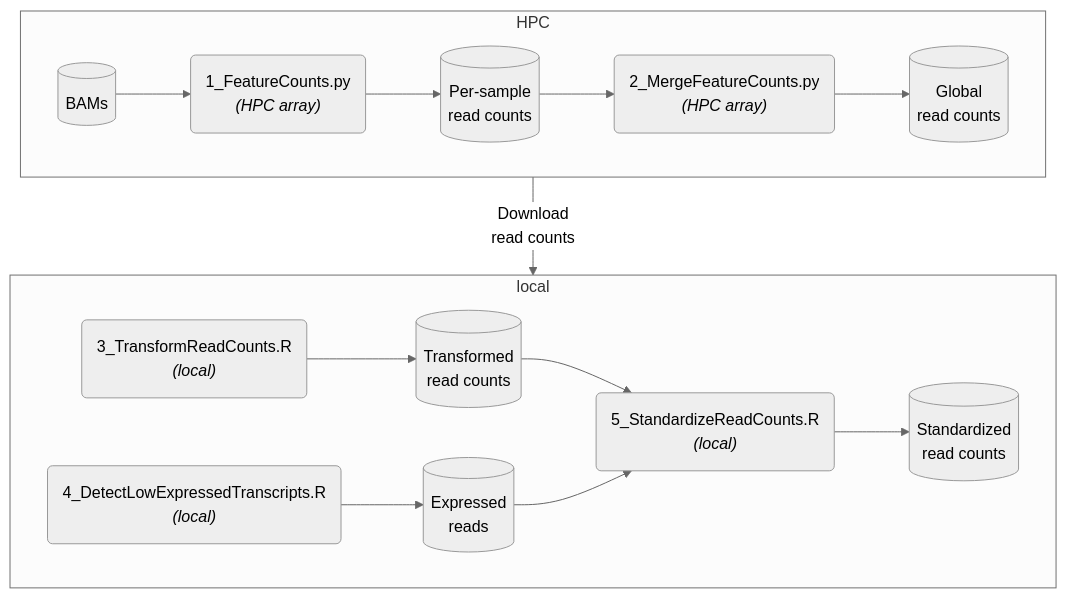
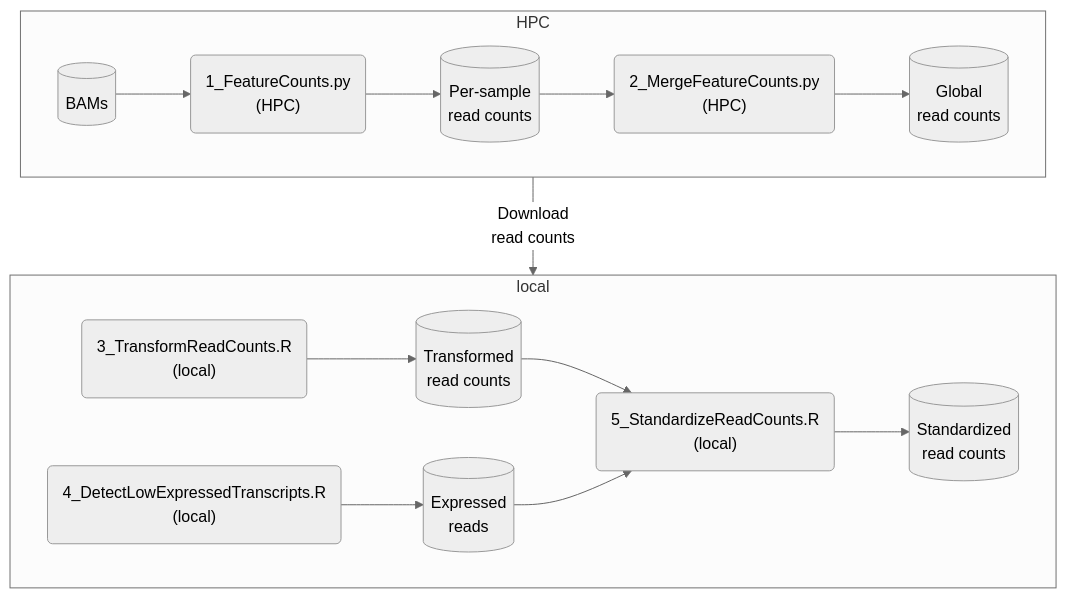
Before and after one commit to charlesrocabert/Tribolium-castaneum-transcriptomics-pipeline: the seventh of 12 diagrams in README.md, drawn with Mermaid (neutral theme). The commit also changed other lines of this file, not shown here.

````diff
--- a/README.md
+++ b/README.md
@@ -434,19 +434,19 @@
 ```mermaid
 flowchart TB
 subgraph HPC
 direction LR
-A[("BAMs")] --> B("1_FeatureCounts.py<br/><em>(HPC array)</em>")
+A[("BAMs")] --> B("1_FeatureCounts.py<br/>(HPC)")
 B --> C[("Per-sample<br/>read counts")]
-C --> D("2_MergeFeatureCounts.py<br/><em>(HPC array)</em>")
+C --> D("2_MergeFeatureCounts.py<br/>(HPC)")
 D --> E[("Global<br/>read counts")]
 end
 subgraph local
 direction LR
-F("3_TransformReadCounts.R<br/><em>(local)</em>") --> H[("Transformed<br/>read counts")]
-G("4_DetectLowExpressedTranscripts.R<br/><em>(local)</em>") --> I[("Expressed<br/>reads")]
-H --> J("5_StandardizeReadCounts.R<br/><em>(local)</em>")
+F("3_TransformReadCounts.R<br/>(local)") --> H[("Transformed<br/>read counts")]
+G("4_DetectLowExpressedTranscripts.R<br/>(local)") --> I[("Expressed<br/>reads")]
+H --> J("5_StandardizeReadCounts.R<br/>(local)")
 I --> J
 J --> K[("Standardized<br/>read counts")]
 end
 HPC --> |"Download<br/>read counts"| local
 ```
````
